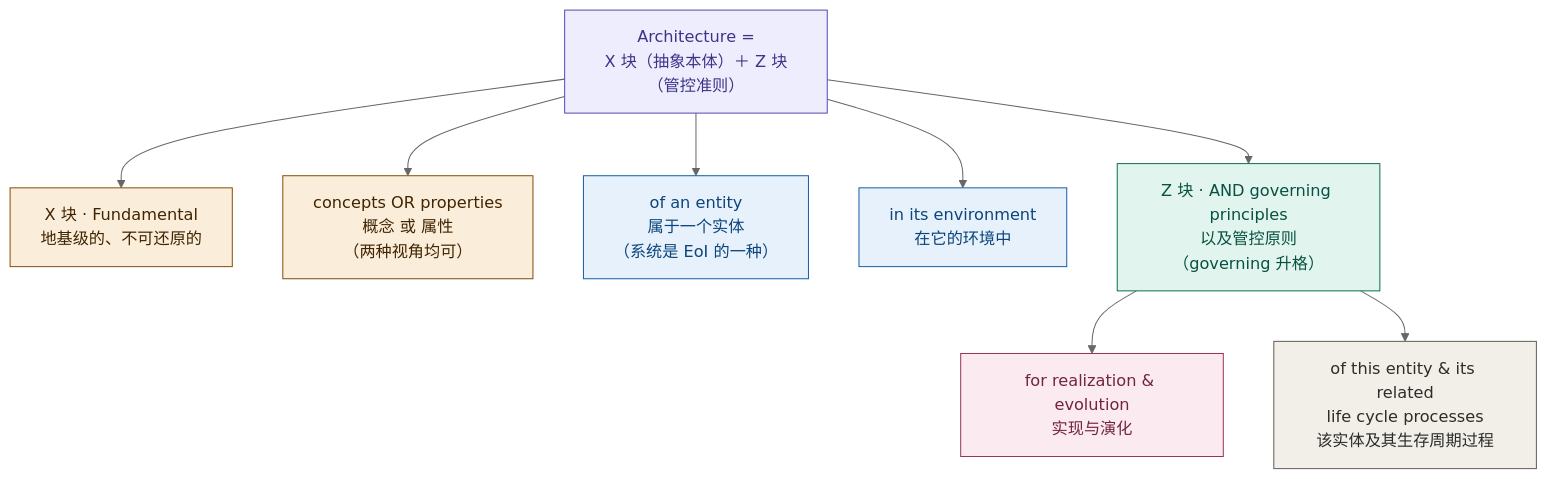
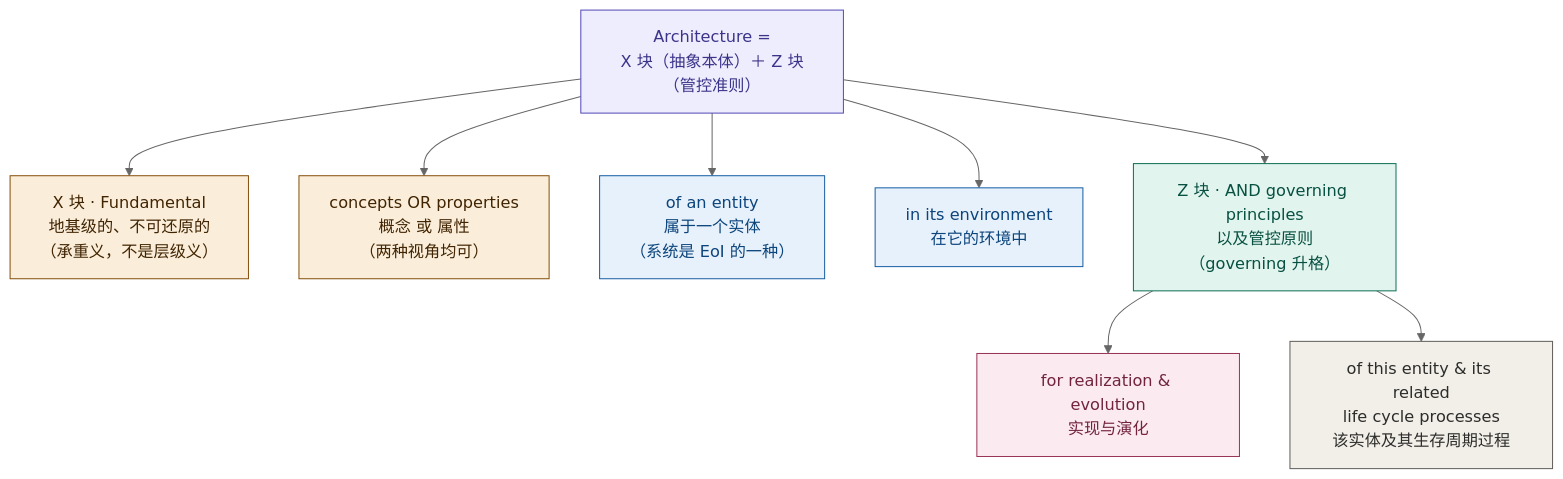
Diagram 14 of 24 in 100-subprojects/01-系统工程研究/00-系统工程相关研究报告/07-架构概念研究报告-从概念设计到架构.md (Yongjunzhou/AOS-system-design), drawn with Mermaid (neutral theme) before and after one commit. The commit also changed other lines of this file and 45 other files, not shown here.

````diff
--- a/100-subprojects/01-系统工程研究/00-系统工程相关研究报告/07-架构概念研究报告-从概念设计到架构.md
+++ b/100-subprojects/01-系统工程研究/00-系统工程相关研究报告/07-架构概念研究报告-从概念设计到架构.md
@@ -602,19 +602,19 @@
 ```mermaid
 flowchart TD
     A["Architecture =<br/>X 块（抽象本体）＋ Z 块（管控准则）"]
-    A --> B["X 块 · Fundamental<br/>地基级的、不可还原的"]
+    A --> B["X 块 · Fundamental<br/>地基级的、不可还原的<br/>（承重义，不是层级义）"]
     A --> C["concepts OR properties<br/>概念 或 属性<br/>（两种视角均可）"]
     A --> D["of an entity<br/>属于一个实体<br/>（系统是 EoI 的一种）"]
     A --> E["in its environment<br/>在它的环境中"]
     A --> F["Z 块 · AND governing principles<br/>以及管控原则<br/>（governing 升格）"]
     F --> G["for realization & evolution<br/>实现与演化"]
     F --> H["of this entity & its related<br/>life cycle processes<br/>该实体及其生存周期过程"]
     style A fill:#EEEDFE,stroke:#534AB7,color:#3C3489
     style B fill:#FAEEDA,stroke:#854F0B,color:#412402
     style C fill:#FAEEDA,stroke:#854F0B,color:#412402
     style D fill:#E6F1FB,stroke:#185FA5,color:#0C447C
     style E fill:#E6F1FB,stroke:#185FA5,color:#0C447C
     style F fill:#E1F5EE,stroke:#0F6E56,color:#085041
     style G fill:#FBEAF0,stroke:#993556,color:#72243E
     style H fill:#F1EFE8,stroke:#5F5E5A,color:#2C2C2A
 ```
````
